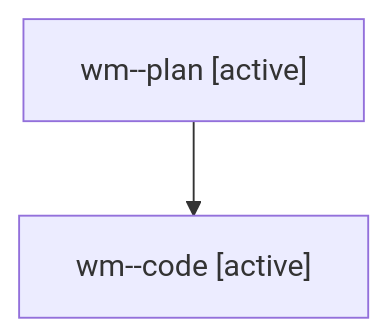
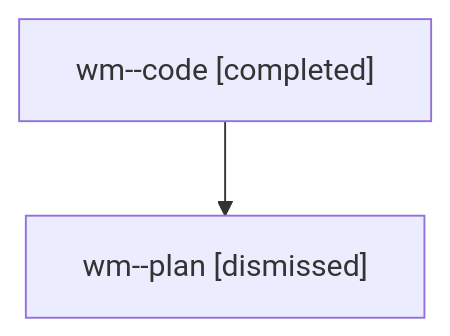
Before and after one commit to bobs-org/bob-cli--agents: the diagram in families/bbugyi200.athena.wm.md, drawn with Mermaid. The commit also changed other lines of this file and 74 other files, not shown here.

````diff
--- a/families/bbugyi200.athena.wm.md
+++ b/families/bbugyi200.athena.wm.md
@@ -9,6 +9,6 @@
 ```mermaid
 flowchart TD
-  n0["wm--plan [active]"]
-  n1["wm--code [active]"]
+  n0["wm--code [completed]"]
+  n1["wm--plan [dismissed]"]
   n0 --> n1
 ```
````
